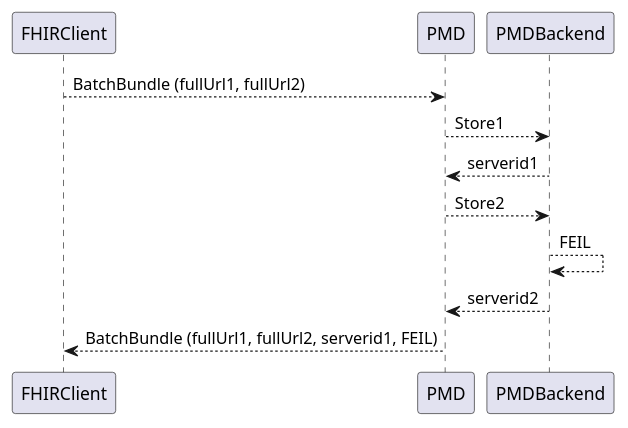
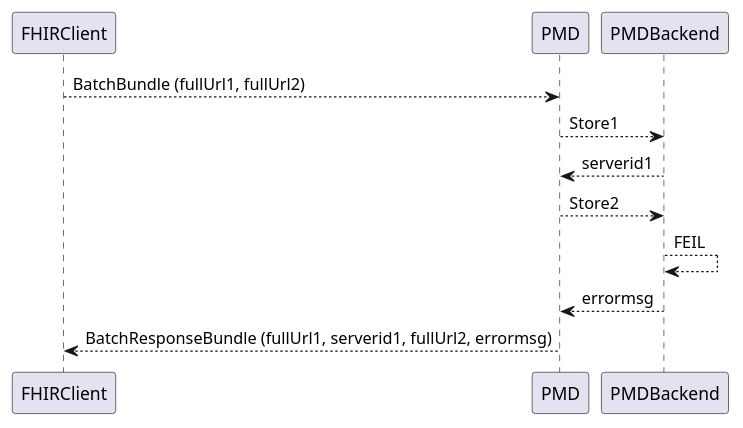
Before and after one commit to HL7Norway/VkpObservation: the diagram in VkpObservation/input/images-source/pmd-bundle.plantuml, drawn with PlantUML. The commit also changed 2 other files, not shown here.

Commit message:
clarifications batch

```diff
--- a/VkpObservation/input/images-source/pmd-bundle.plantuml
+++ b/VkpObservation/input/images-source/pmd-bundle.plantuml
@@ -1,9 +1,9 @@
 @startuml
 FHIRClient --> PMD: BatchBundle (fullUrl1, fullUrl2) 
 PMD --> PMDBackend: Store1
 PMDBackend --> PMD: serverid1
 PMD --> PMDBackend: Store2
 PMDBackend --> PMDBackend: FEIL
-PMDBackend --> PMD: serverid2
-PMD --> FHIRClient: BatchBundle (fullUrl1, fullUrl2, serverid1, FEIL)
+PMDBackend --> PMD: errormsg
+PMD --> FHIRClient: BatchResponseBundle (fullUrl1, serverid1, fullUrl2, errormsg)
 @enduml
```
